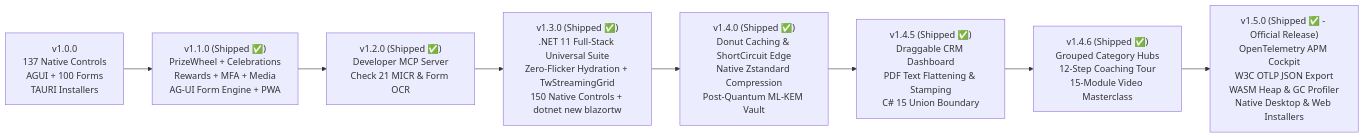
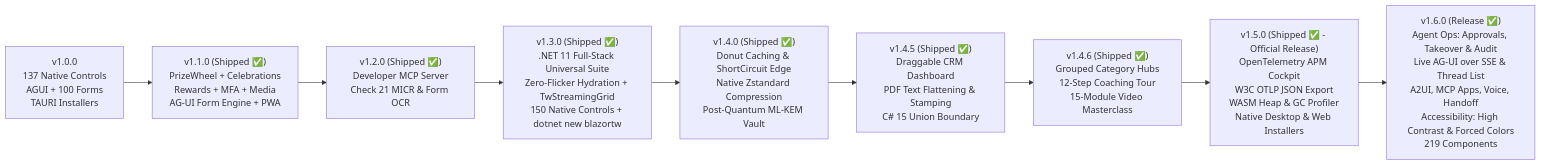
The diagram in docs/ROADMAP.md (donpotts/BlazorTailwindUI), drawn with Mermaid before and after one commit. The commit also changed other lines of this file and 9 other files, not shown here.

````diff
--- a/docs/ROADMAP.md
+++ b/docs/ROADMAP.md
@@ -691,10 +691,11 @@
 ```mermaid
 flowchart LR
     A["v1.0.0<br/>137 Native Controls<br/>AGUI + 100 Forms<br/>TAURI Installers"] --> B["v1.1.0 (Shipped ✅)<br/>PrizeWheel + Celebrations<br/>Rewards + MFA + Media<br/>AG-UI Form Engine + PWA"]
     B --> C["v1.2.0 (Shipped ✅)<br/>Developer MCP Server<br/>Check 21 MICR & Form OCR"]
     C --> D["v1.3.0 (Shipped ✅)<br/>.NET 11 Full-Stack Universal Suite<br/>Zero-Flicker Hydration + TwStreamingGrid<br/>150 Native Controls + dotnet new blazortw"]
     D --> E["v1.4.0 (Shipped ✅)<br/>Donut Caching & ShortCircuit Edge<br/>Native Zstandard Compression<br/>Post-Quantum ML-KEM Vault"]
     E --> F["v1.4.5 (Shipped ✅)<br/>Draggable CRM Dashboard<br/>PDF Text Flattening & Stamping<br/>C# 15 Union Boundary"]
     F --> G["v1.4.6 (Shipped ✅)<br/>Grouped Category Hubs<br/>12-Step Coaching Tour<br/>15-Module Video Masterclass"]
     G --> H["v1.5.0 (Shipped ✅ - Official Release)<br/>OpenTelemetry APM Cockpit<br/>W3C OTLP JSON Export<br/>WASM Heap & GC Profiler<br/>Native Desktop & Web Installers"]
+    H --> I["v1.6.0 (Release ✅)<br/>Agent Ops: Approvals, Takeover & Audit<br/>Live AG-UI over SSE & Thread List<br/>A2UI, MCP Apps, Voice, Handoff<br/>Accessibility: High Contrast & Forced Colors<br/>219 Components"]
 ```
````
